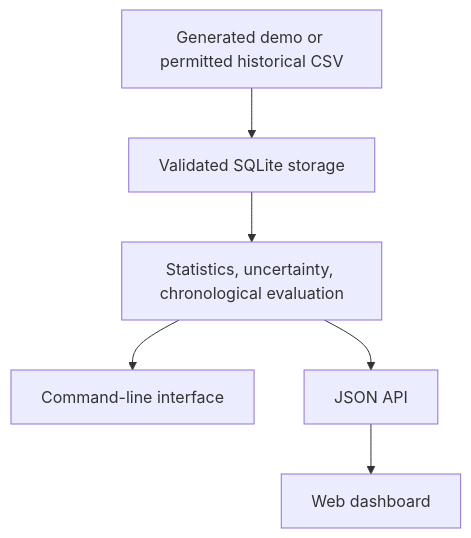
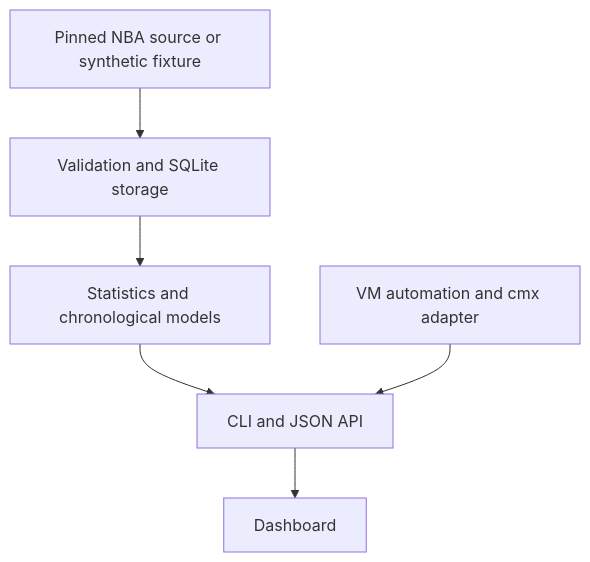
The diagram in project.md (cloudmesh-ai-luc/sugwu123), drawn with Mermaid before and after one commit. The commit also changed other lines of this file, not shown here.

````diff
--- a/project.md
+++ b/project.md
@@ -44,8 +23,8 @@
 ```mermaid
 flowchart TD
-    D["Generated demo or permitted historical CSV"] --> S["Validated SQLite storage"]
-    S --> A["Statistics, uncertainty, chronological evaluation"]
-    A --> C["Command-line interface"]
-    A --> P["JSON API"]
-    P --> W["Web dashboard"]
+    D["Pinned NBA source or synthetic fixture"] --> S["Validation and SQLite storage"]
+    S --> A["Statistics and chronological models"]
+    A --> C["CLI and JSON API"]
+    C --> W["Dashboard"]
+    V["VM automation and cmx adapter"] --> C
 ```
````
